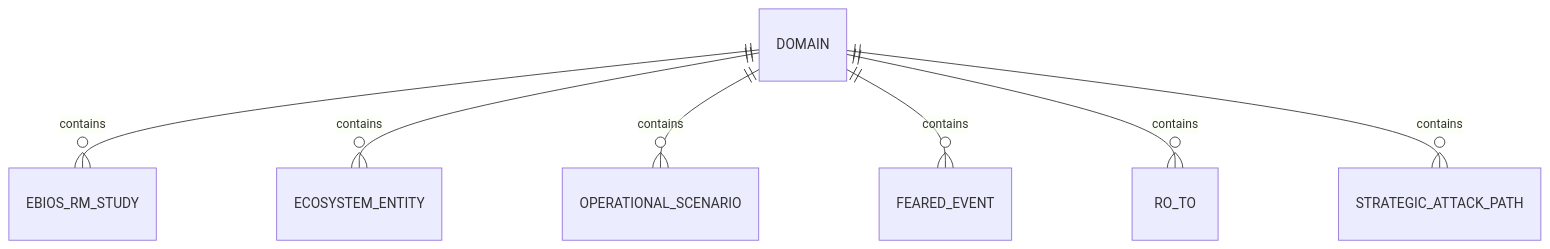
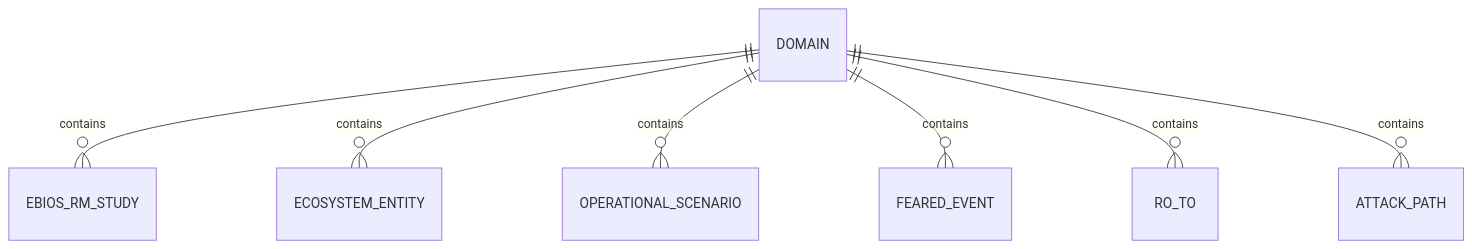
One commit to intuitem/ciso-assistant-community changed the ninth of 10 diagrams in documentation/architecture/data-model.md. Above: the diagram before and after it, drawn with Mermaid. The commit also changed other lines of this file, not shown here.

````diff
--- a/documentation/architecture/data-model.md
+++ b/documentation/architecture/data-model.md
@@ -1246,10 +1246,10 @@
 ```mermaid
 erDiagram
     DOMAIN                ||--o{ EBIOS_RM_STUDY       : contains
     DOMAIN                ||--o{ ECOSYSTEM_ENTITY     : contains
     DOMAIN                ||--o{ OPERATIONAL_SCENARIO : contains
     DOMAIN                ||--o{ FEARED_EVENT         : contains
     DOMAIN                ||--o{ RO_TO                : contains
-    DOMAIN                ||--o{ STRATEGIC_ATTACK_PATH: contains
+    DOMAIN                ||--o{ ATTACK_PATH          : contains
 
 ```
````
